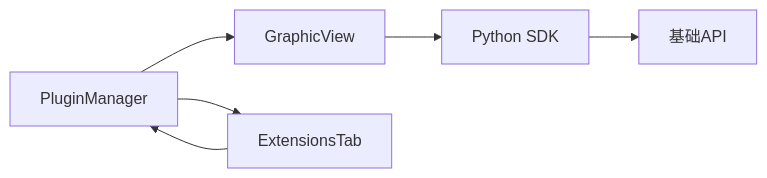
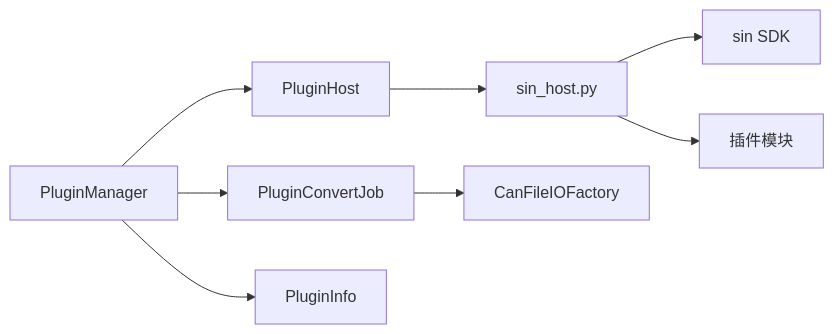
One commit to jakecai1225-design/OpenBus changed the third of 3 diagrams in .qoder/repowiki/zh/content/架构设计/插件系统架构/插件系统架构.md. Above: the diagram before and after it, drawn with Mermaid. The commit also changed other lines of this file and 57 other files, not shown here.

````diff
--- a/.qoder/repowiki/zh/content/架构设计/插件系统架构/插件系统架构.md
+++ b/.qoder/repowiki/zh/content/架构设计/插件系统架构/插件系统架构.md
@@ -184,8 +217,10 @@
 ```mermaid
 graph LR
-PM["PluginManager"] --> GV["GraphicView"]
-PM --> ET["ExtensionsTab"]
-GV --> SDK["Python SDK"]
-ET --> PM
-SDK --> BasicAPI["基础API"]
+PM["PluginManager"] --> PH["PluginHost"]
+PM --> PCJ["PluginConvertJob"]
+PM --> PI["PluginInfo"]
+PH --> SH["sin_host.py"]
+SH --> SDK["sin SDK"]
+SH --> Plugins["插件模块"]
+PCJ --> CFIO["CanFileIOFactory"]
 ```
````
